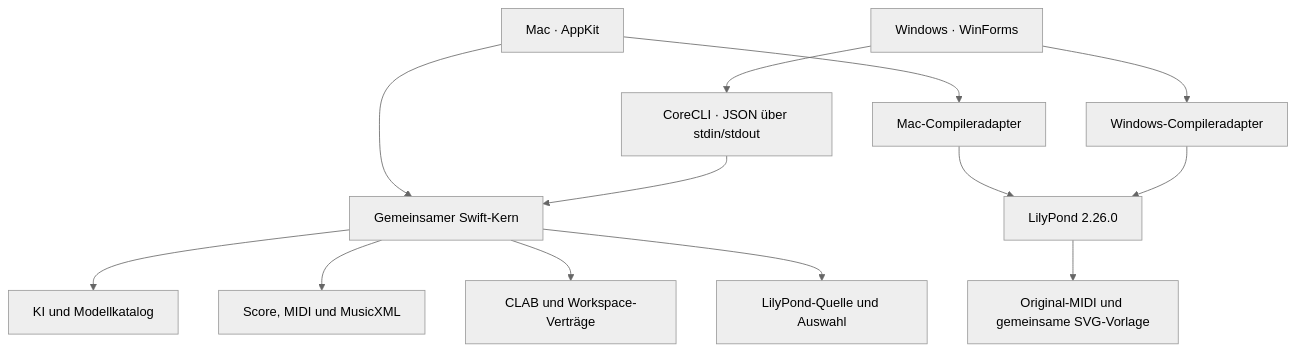
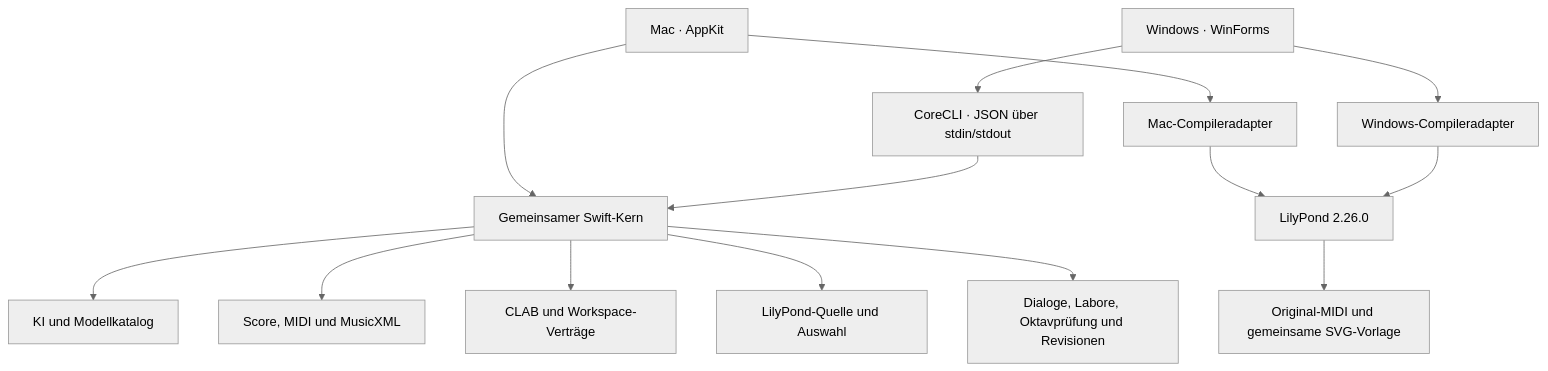
One commit to wibem1/Composition-Lab-Native changed the diagram in V4-ARCHITECTURE.md. Above: the diagram before and after it, drawn with Mermaid (neutral theme). The commit also changed other lines of this file and 17 other files, not shown here.

````diff
--- a/V4-ARCHITECTURE.md
+++ b/V4-ARCHITECTURE.md
@@ -7,15 +7,16 @@
 ```mermaid
 flowchart TD
     Mac["Mac · AppKit"] --> Core["Gemeinsamer Swift-Kern"]
     Win["Windows · WinForms"] --> CLI["CoreCLI · JSON über stdin/stdout"]
     CLI --> Core
     Core --> Catalog["KI und Modellkatalog"]
     Core --> Formats["Score, MIDI und MusicXML"]
     Core --> Documents["CLAB und Workspace-Verträge"]
     Core --> Source["LilyPond-Quelle und Auswahl"]
+    Core --> Workflows["Dialoge, Labore, Oktavprüfung und Revisionen"]
     Mac --> MacRender["Mac-Compileradapter"]
     Win --> WinRender["Windows-Compileradapter"]
     MacRender --> Engraver["LilyPond 2.26.0"]
     WinRender --> Engraver
     Engraver --> Output["Original-MIDI und gemeinsame SVG-Vorlage"]
 ```
````
